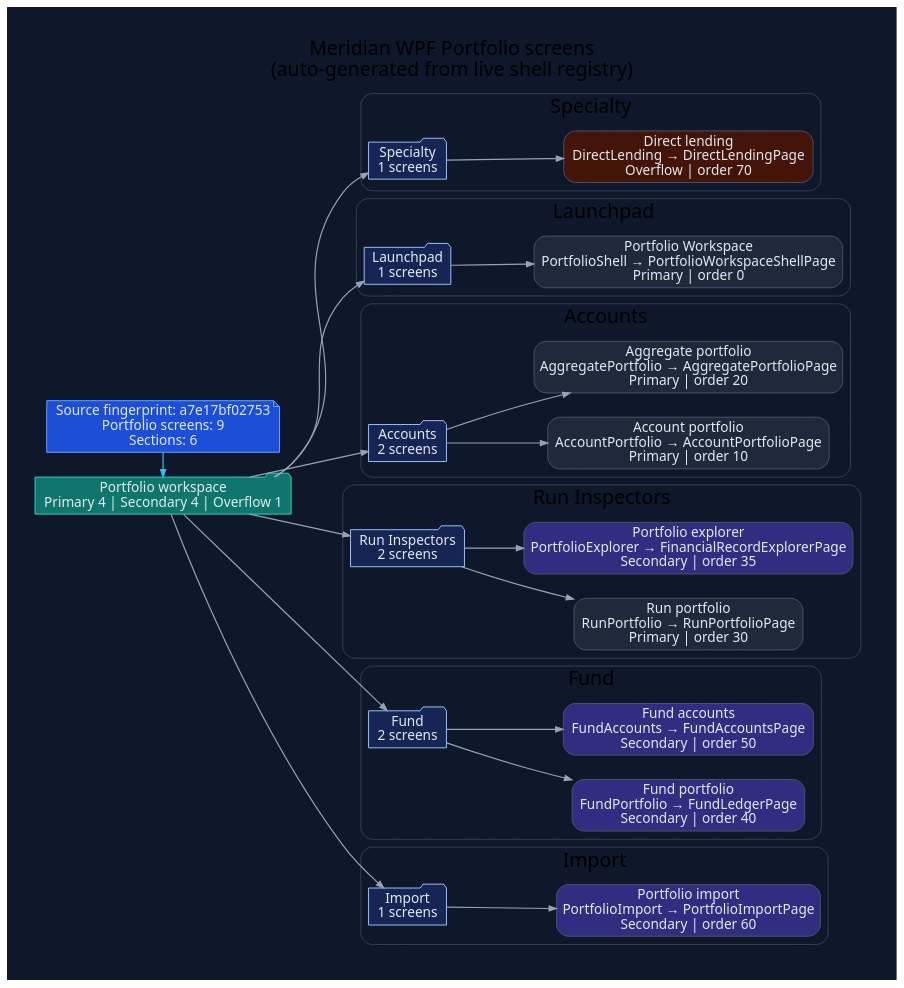
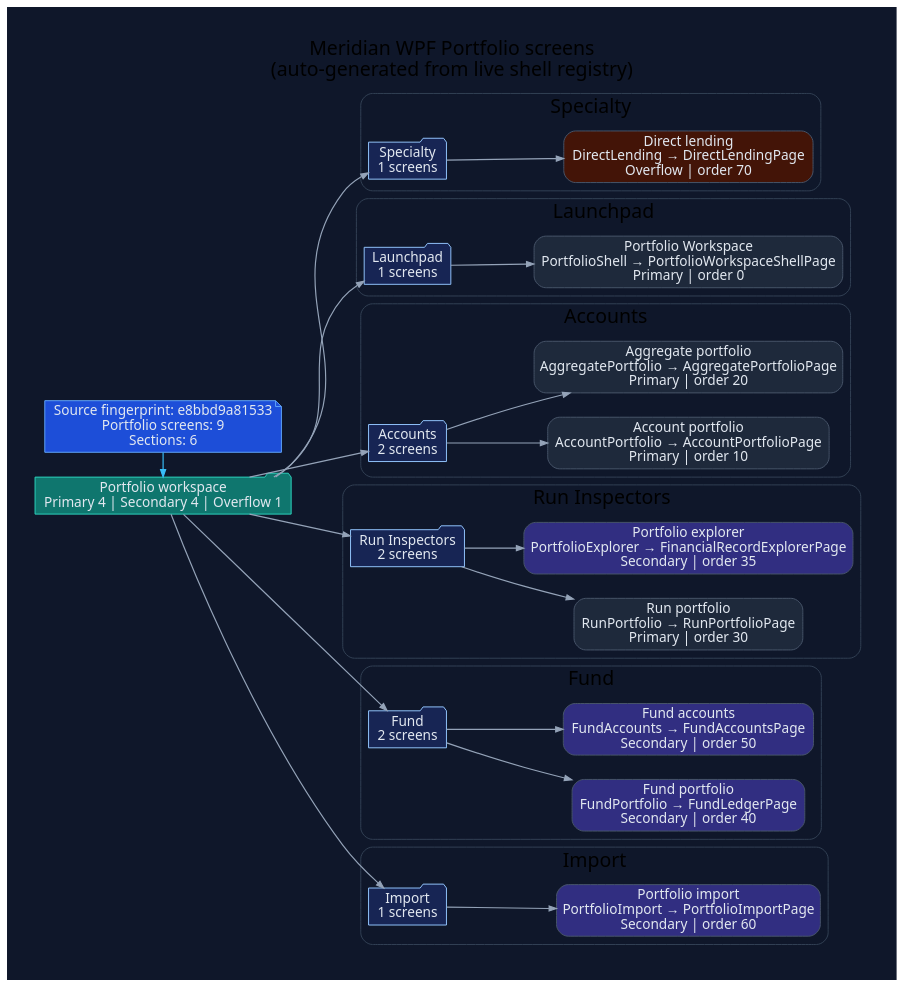
One commit to rodoHasArrived/Meridian-main changed the diagram in docs/diagrams/ui/ui-wpf-screens-portfolio.dot. Above: the diagram before and after it, drawn with Graphviz. The commit also changed 168 other files, not shown here.

```diff
--- a/docs/diagrams/ui/ui-wpf-screens-portfolio.dot
+++ b/docs/diagrams/ui/ui-wpf-screens-portfolio.dot
@@ -1,92 +1,92 @@
 // -----------------------------------------------------------------------------
 // <auto-generated>
 // Generated by scripts/generate-diagrams.mjs.
 // Do not edit this file directly; update the WPF source files instead.
 // -----------------------------------------------------------------------------
 digraph WpfPortfolioScreens {
   graph [
     rankdir=LR,
     labelloc=t,
     label="Meridian WPF Portfolio screens\n(auto-generated from live shell registry)",
     fontname="Segoe UI",
     fontsize=20,
     pad=0.4,
     nodesep=0.35,
     ranksep=0.85,
     bgcolor="#0f172a"
   ];
   node [fontname="Segoe UI", shape=box, style="rounded,filled", color="#475569", fontcolor="#e2e8f0", fillcolor="#1e293b"];
   edge [fontname="Segoe UI", color="#94a3b8", penwidth=1.2, arrowsize=0.75];
 
-  generated [shape=note, fillcolor="#1d4ed8", color="#60a5fa", label="Source fingerprint: a7e17bf02753\nPortfolio screens: 9\nSections: 6"];
+  generated [shape=note, fillcolor="#1d4ed8", color="#60a5fa", label="Source fingerprint: e8bbd9a81533\nPortfolio screens: 9\nSections: 6"];
   workspace [shape=folder, fillcolor="#0f766e", color="#2dd4bf", label="Portfolio workspace\nPrimary 4 | Secondary 4 | Overflow 1"];
   generated -> workspace [color="#38bdf8"];
 
   subgraph cluster_section_1 {
     label="Specialty";
     color="#334155";
     style="rounded";
     section_1 [shape=folder, fillcolor="#172554", color="#93c5fd", label="Specialty\n1 screens"];
     workspace -> section_1;
     screen_DirectLending [fillcolor="#431407", label="Direct lending\nDirectLending → DirectLendingPage\nOverflow | order 70"];
     section_1 -> screen_DirectLending;
   }
 
   subgraph cluster_section_2 {
     label="Launchpad";
     color="#334155";
     style="rounded";
     section_2 [shape=folder, fillcolor="#172554", color="#93c5fd", label="Launchpad\n1 screens"];
     workspace -> section_2;
     screen_PortfolioShell [fillcolor="#1e293b", label="Portfolio Workspace\nPortfolioShell → PortfolioWorkspaceShellPage\nPrimary | order 0"];
     section_2 -> screen_PortfolioShell;
   }
 
   subgraph cluster_section_3 {
     label="Accounts";
     color="#334155";
     style="rounded";
     section_3 [shape=folder, fillcolor="#172554", color="#93c5fd", label="Accounts\n2 screens"];
     workspace -> section_3;
     screen_AccountPortfolio [fillcolor="#1e293b", label="Account portfolio\nAccountPortfolio → AccountPortfolioPage\nPrimary | order 10"];
     section_3 -> screen_AccountPortfolio;
     screen_AggregatePortfolio [fillcolor="#1e293b", label="Aggregate portfolio\nAggregatePortfolio → AggregatePortfolioPage\nPrimary | order 20"];
     section_3 -> screen_AggregatePortfolio;
   }
 
   subgraph cluster_section_4 {
     label="Run Inspectors";
     color="#334155";
     style="rounded";
     section_4 [shape=folder, fillcolor="#172554", color="#93c5fd", label="Run Inspectors\n2 screens"];
     workspace -> section_4;
     screen_RunPortfolio [fillcolor="#1e293b", label="Run portfolio\nRunPortfolio → RunPortfolioPage\nPrimary | order 30"];
     section_4 -> screen_RunPortfolio;
     screen_PortfolioExplorer [fillcolor="#312e81", label="Portfolio explorer\nPortfolioExplorer → FinancialRecordExplorerPage\nSecondary | order 35"];
     section_4 -> screen_PortfolioExplorer;
   }
 
   subgraph cluster_section_5 {
     label="Fund";
     color="#334155";
     style="rounded";
     section_5 [shape=folder, fillcolor="#172554", color="#93c5fd", label="Fund\n2 screens"];
     workspace -> section_5;
     screen_FundPortfolio [fillcolor="#312e81", label="Fund portfolio\nFundPortfolio → FundLedgerPage\nSecondary | order 40"];
     section_5 -> screen_FundPortfolio;
     screen_FundAccounts [fillcolor="#312e81", label="Fund accounts\nFundAccounts → FundAccountsPage\nSecondary | order 50"];
     section_5 -> screen_FundAccounts;
   }
 
   subgraph cluster_section_6 {
     label="Import";
     color="#334155";
     style="rounded";
     section_6 [shape=folder, fillcolor="#172554", color="#93c5fd", label="Import\n1 screens"];
     workspace -> section_6;
     screen_PortfolioImport [fillcolor="#312e81", label="Portfolio import\nPortfolioImport → PortfolioImportPage\nSecondary | order 60"];
     section_6 -> screen_PortfolioImport;
   }
 
   { rank=min; generated; workspace; }
 }
```
